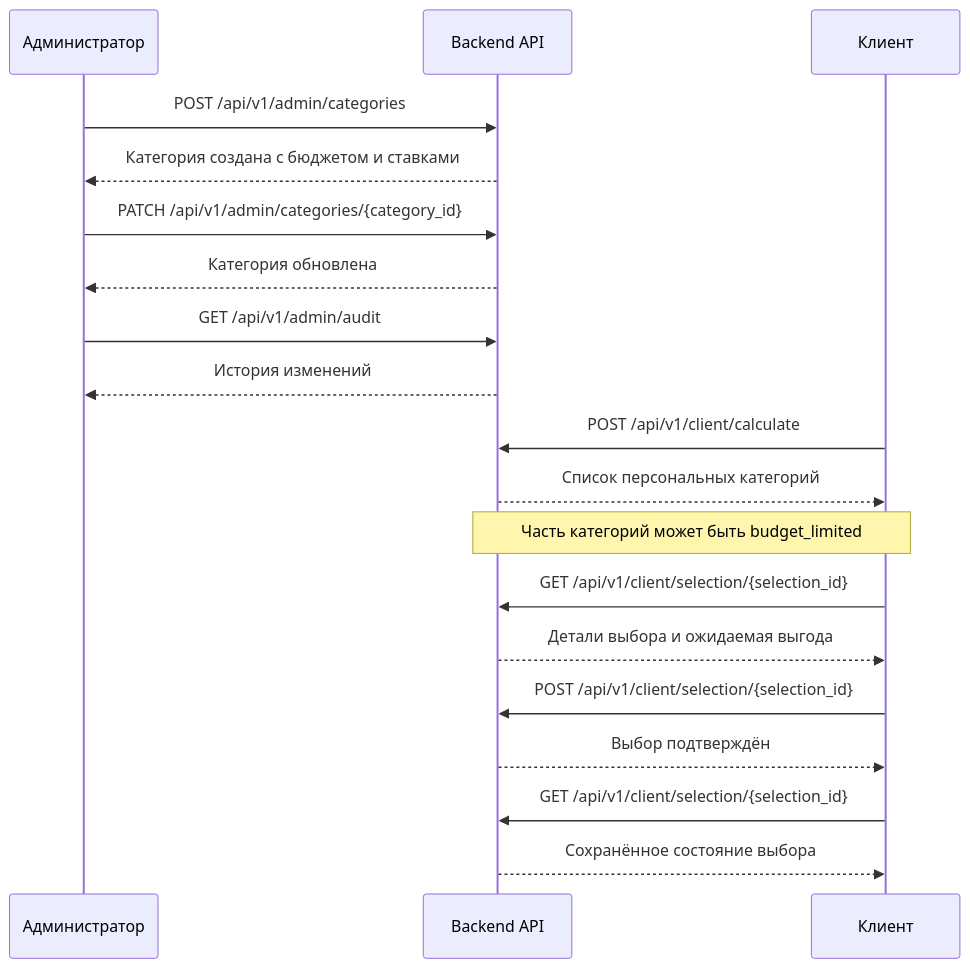
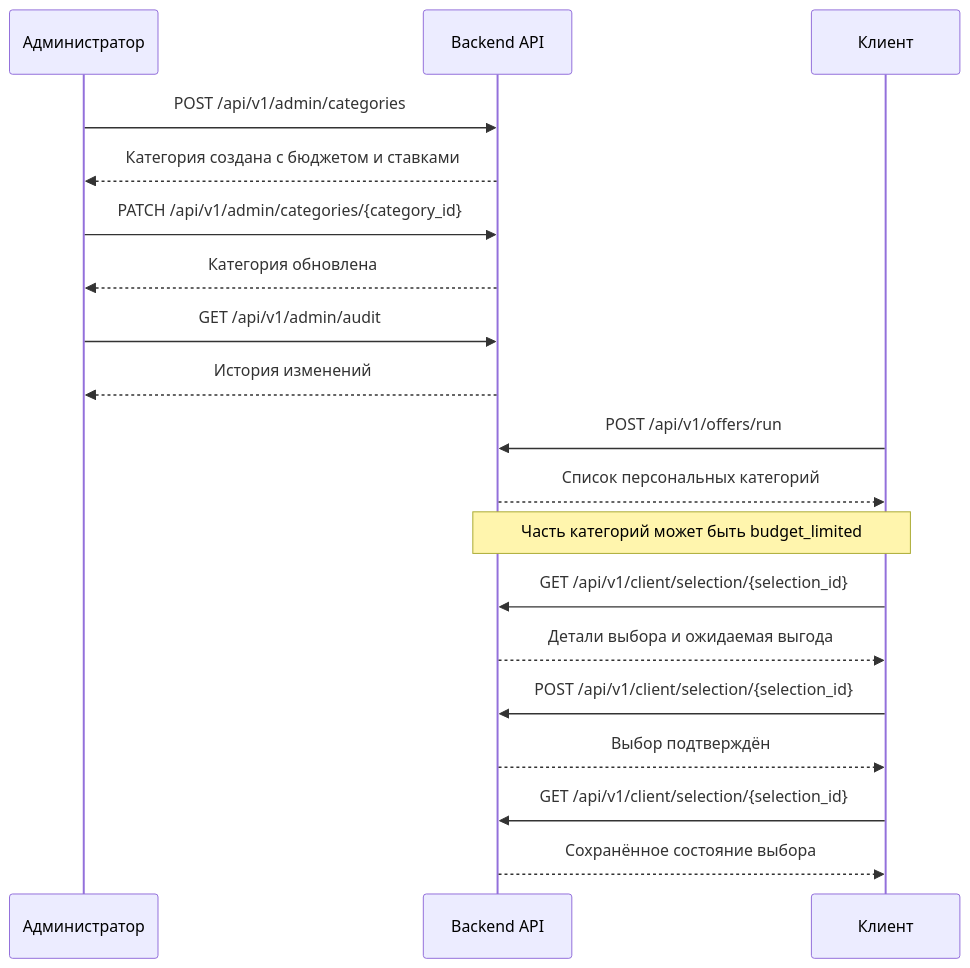
One commit to Vubni/T-Cash-PROD-FINAL-2026 changed the second of 2 diagrams in docs/user_journey.md. Above: the diagram before and after it, drawn with Mermaid. The commit also changed other lines of this file and 9 other files, not shown here.

````diff
--- a/docs/user_journey.md
+++ b/docs/user_journey.md
@@ -179,28 +177,28 @@
 ```mermaid
 sequenceDiagram
     participant Admin as Администратор
     participant API as Backend API
     participant Client as Клиент
 
     Admin->>API: POST /api/v1/admin/categories
     API-->>Admin: Категория создана с бюджетом и ставками
 
     Admin->>API: PATCH /api/v1/admin/categories/{category_id}
     API-->>Admin: Категория обновлена
 
     Admin->>API: GET /api/v1/admin/audit
     API-->>Admin: История изменений
 
-    Client->>API: POST /api/v1/client/calculate
+    Client->>API: POST /api/v1/offers/run
     API-->>Client: Список персональных категорий
     Note over Client,API: Часть категорий может быть budget_limited
 
     Client->>API: GET /api/v1/client/selection/{selection_id}
     API-->>Client: Детали выбора и ожидаемая выгода
 
     Client->>API: POST /api/v1/client/selection/{selection_id}
     API-->>Client: Выбор подтверждён
 
     Client->>API: GET /api/v1/client/selection/{selection_id}
     API-->>Client: Сохранённое состояние выбора
 ```
````
